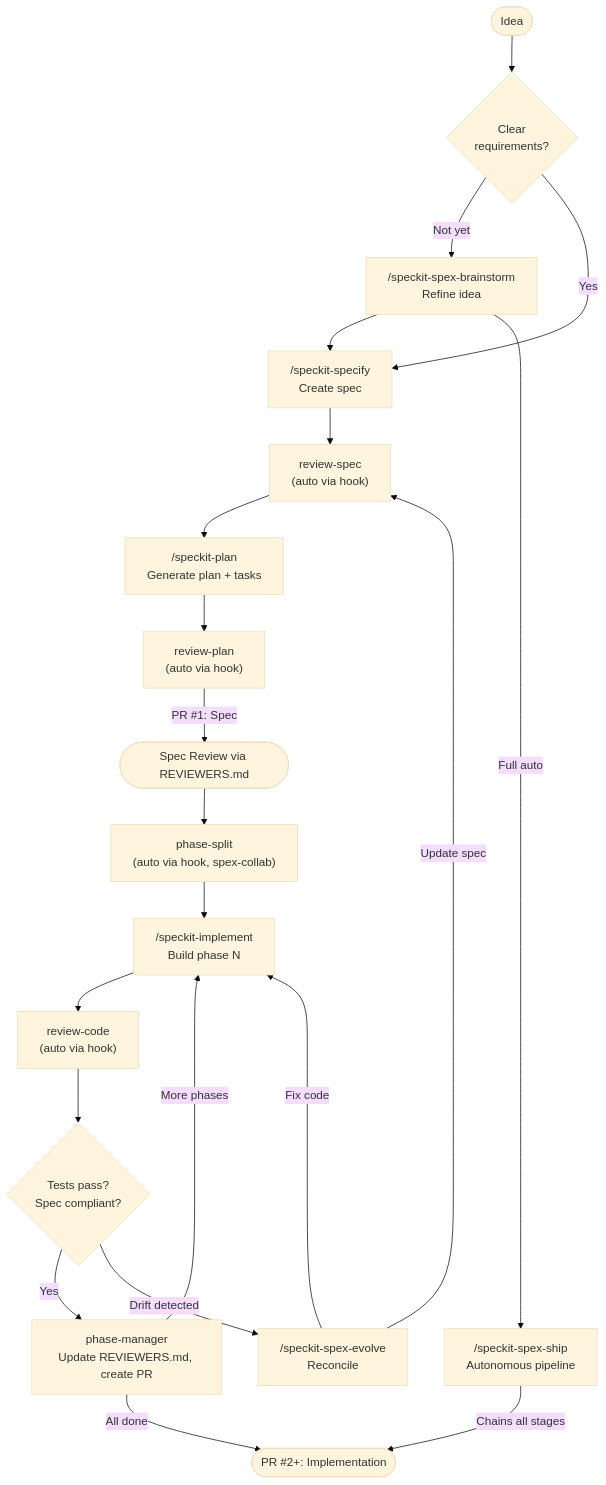
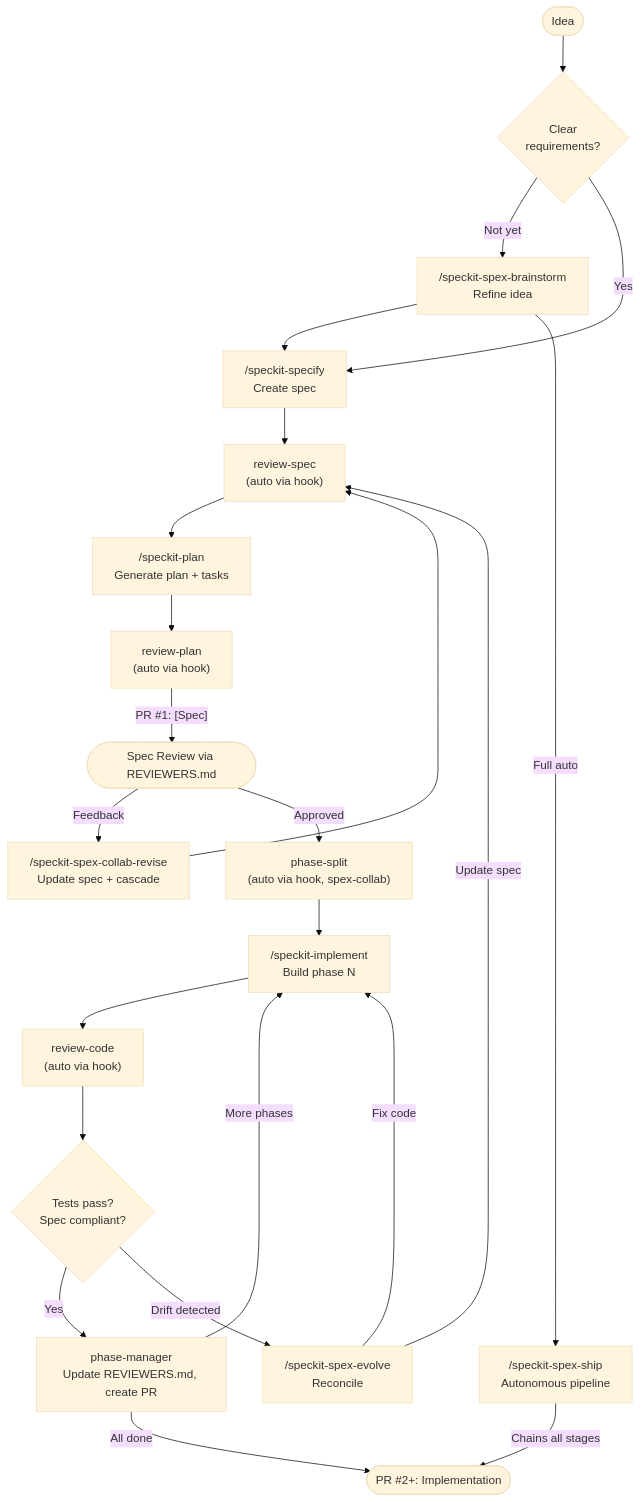
Before and after one commit to rhuss/cc-sdd: the diagram in README.md, drawn with Mermaid (base theme). The commit also changed other lines of this file and 20 other files, not shown here.

First line of the commit message:
feat: Collab workflow, flow state script, ship fixes, PR conventions

````diff
--- a/README.md
+++ b/README.md
@@ -82,33 +115,35 @@
 ```mermaid
 flowchart TD
     Start([Idea]) --> HasClarity{Clear<br>requirements?}
 
     HasClarity -->|Not yet| Brainstorm["/speckit-spex-brainstorm<br>Refine idea"]
     HasClarity -->|Yes| Specify["/speckit-specify<br>Create spec"]
 
     Brainstorm --> Specify
     Brainstorm -->|Full auto| Ship["/speckit-spex-ship<br>Autonomous pipeline"]
 
     Specify --> ReviewSpec["review-spec<br>(auto via hook)"]
     ReviewSpec --> Plan["/speckit-plan<br>Generate plan + tasks"]
     Plan --> ReviewPlan["review-plan<br>(auto via hook)"]
 
-    ReviewPlan -->|PR #1: Spec| SpecPR([Spec Review via REVIEWERS.md])
+    ReviewPlan -->|"PR #1: [Spec]"| SpecPR([Spec Review via REVIEWERS.md])
 
-    SpecPR --> PhaseSplit["phase-split<br>(auto via hook, spex-collab)"]
+    SpecPR -->|Feedback| Revise["/speckit-spex-collab-revise<br>Update spec + cascade"]
+    Revise --> ReviewSpec
+    SpecPR -->|Approved| PhaseSplit["phase-split<br>(auto via hook, spex-collab)"]
     PhaseSplit --> Implement["/speckit-implement<br>Build phase N"]
     Implement --> ReviewCode["review-code<br>(auto via hook)"]
 
     ReviewCode --> Verify{Tests pass?<br>Spec compliant?}
 
     Verify -->|Yes| PhaseManager["phase-manager<br>Update REVIEWERS.md, create PR"]
     PhaseManager -->|"More phases"| Implement
     PhaseManager -->|"All done"| ImplPR([PR #2+: Implementation])
     Verify -->|Drift detected| Evolve["/speckit-spex-evolve<br>Reconcile"]
 
     Evolve -->|"Update spec"| ReviewSpec
     Evolve -->|"Fix code"| Implement
 
     Ship -->|Chains all stages| ImplPR
 
 ```
````
